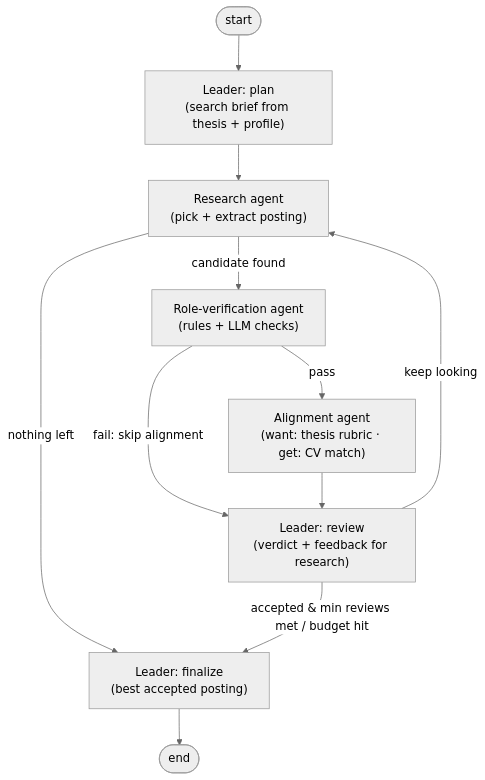
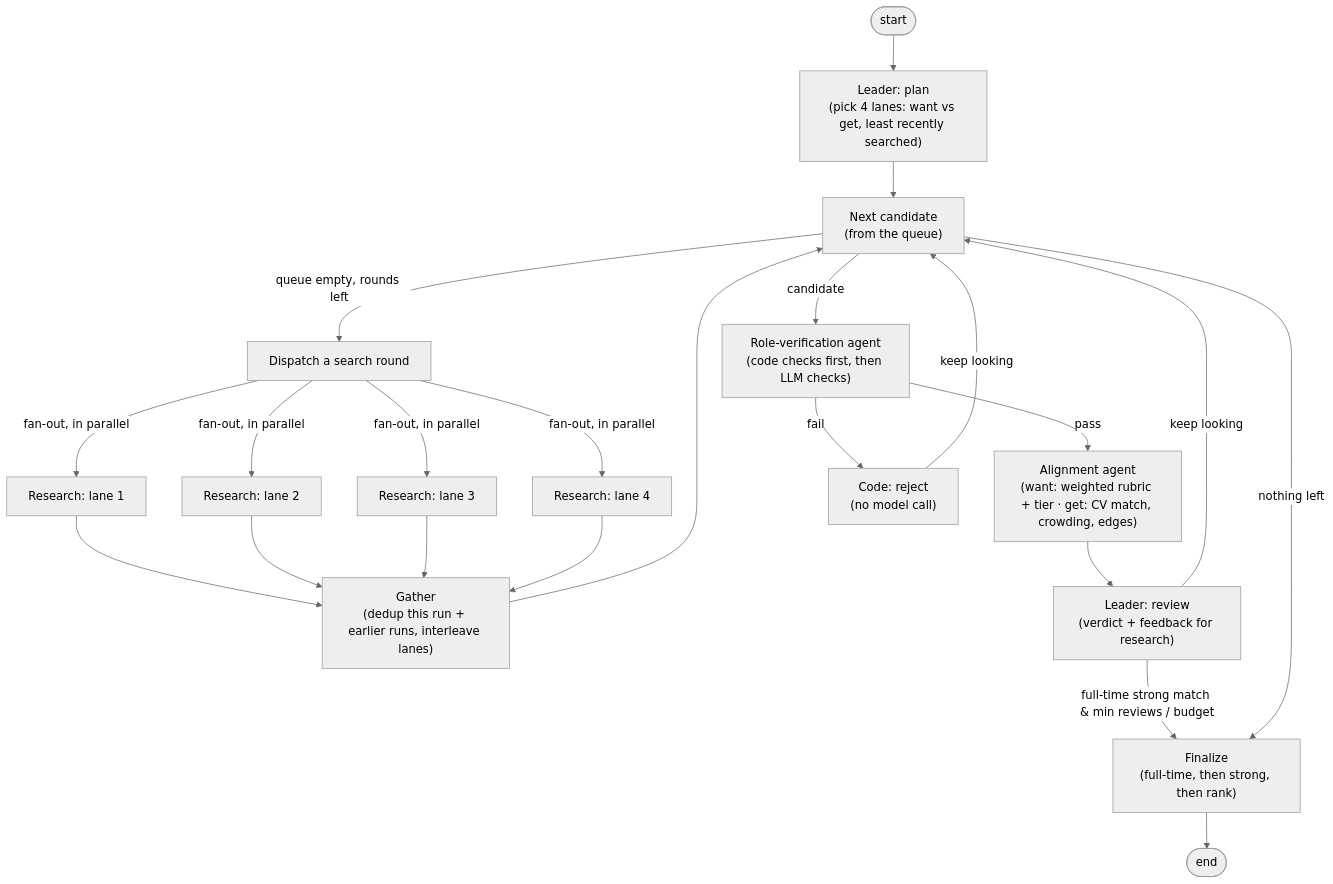
The diagram in README.md (edgarcoates/agentic-job-matcher), drawn with Mermaid (neutral theme) before and after one commit. The commit also changed other lines of this file and 38 other files, not shown here.

First line of the commit message:
Agentic job matcher v3: parallel lane search, tiers, memory, resumable runs

````diff
--- a/README.md
+++ b/README.md
@@ -14,13 +14,18 @@
 ```mermaid
 graph TD;
-    START([start]) --> plan["Leader: plan<br/>(search brief from thesis + profile)"]
-    plan --> research["Research agent<br/>(pick + extract posting)"]
-    research -- candidate found --> verify["Role-verification agent<br/>(rules + LLM checks)"]
-    research -- nothing left --> finalize
-    verify -- pass --> align["Alignment agent<br/>(want: thesis rubric · get: CV match)"]
-    verify -- fail: skip alignment --> review
+    START([start]) --> plan["Leader: plan<br/>(pick 4 lanes: want vs get, least recently searched)"]
+    plan --> next["Next candidate<br/>(from the queue)"]
+    next -- queue empty, rounds left --> dispatch["Dispatch a search round"]
+    dispatch -- fan-out, in parallel --> lane1["Research: lane 1"] & lane2["Research: lane 2"] & lane3["Research: lane 3"] & lane4["Research: lane 4"]
+    lane1 & lane2 & lane3 & lane4 --> gather["Gather<br/>(dedup this run + earlier runs, interleave lanes)"]
+    gather --> next
+    next -- candidate --> verify["Role-verification agent<br/>(code checks first, then LLM checks)"]
+    verify -- pass --> align["Alignment agent<br/>(want: weighted rubric + tier · get: CV match, crowding, edges)"]
+    verify -- fail --> reject["Code: reject<br/>(no model call)"]
     align --> review["Leader: review<br/>(verdict + feedback for research)"]
-    review -- keep looking --> research
-    review -- accepted & min reviews met / budget hit --> finalize["Leader: finalize<br/>(best accepted posting)"]
+    review -- keep looking --> next
+    reject -- keep looking --> next
+    review -- full-time strong match & min reviews / budget --> finalize["Finalize<br/>(full-time, then strong, then rank)"]
+    next -- nothing left --> finalize
     finalize --> END([end])
 ```
````
